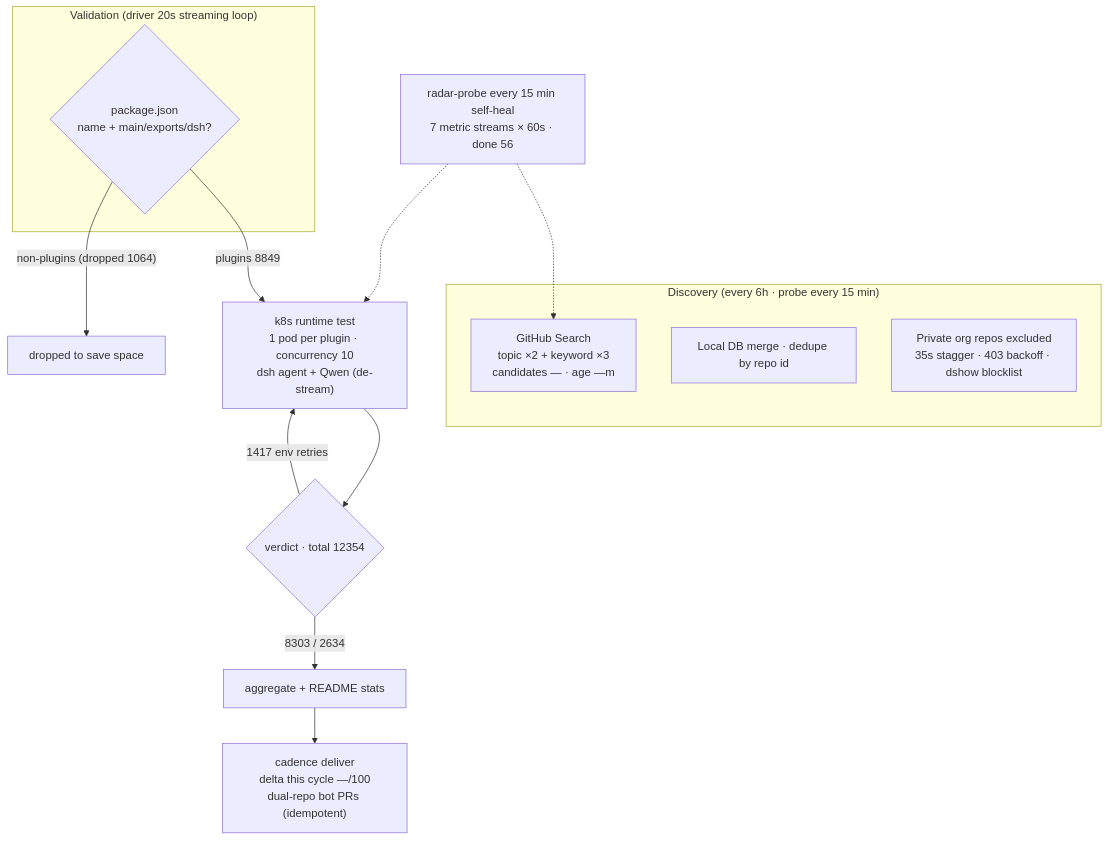
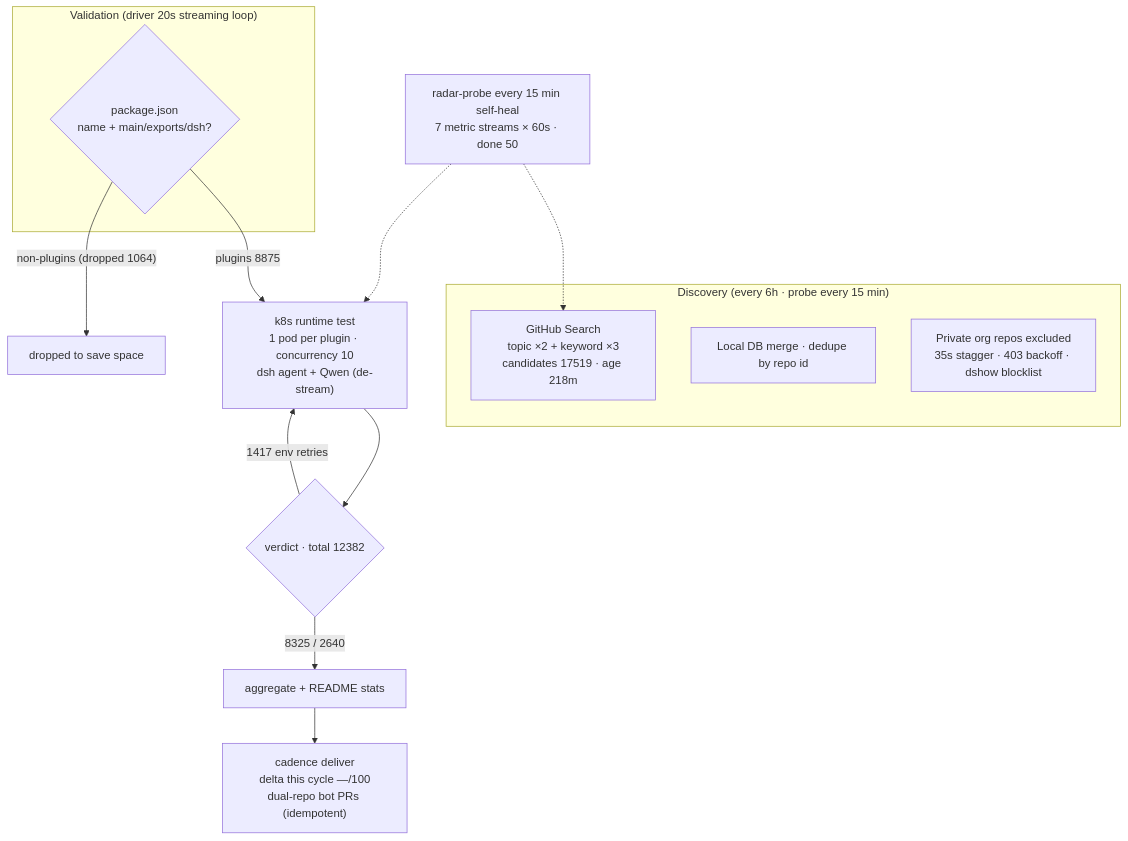
The diagram in README.en-US.md (AdamPlatin123/awesome-dsh-plugins), drawn with Mermaid before and after one commit. The commit also changed other lines of this file and 5 other files, not shown here.

````diff
--- a/README.en-US.md
+++ b/README.en-US.md
@@ -45,20 +45,20 @@
 ```mermaid
 flowchart TB
     subgraph Discovery["Discovery (every 6h · probe every 15 min)"]
-        A1["GitHub Search<br/>topic ×2 + keyword ×3<br/>candidates — · age —m"]
+        A1["GitHub Search<br/>topic ×2 + keyword ×3<br/>candidates 17519 · age 218m"]
         A2["Local DB merge · dedupe by repo id"]
         A3["Private org repos excluded<br/>35s stagger · 403 backoff · dshow blocklist"]
     end
     subgraph Validation["Validation (driver 20s streaming loop)"]
         B1{"package.json<br/>name + main/exports/dsh?"}
     end
-    B1 -->|"plugins 8849"| C1["k8s runtime test<br/>1 pod per plugin · concurrency 10<br/>dsh agent + Qwen (de-stream)"]
+    B1 -->|"plugins 8875"| C1["k8s runtime test<br/>1 pod per plugin · concurrency 10<br/>dsh agent + Qwen (de-stream)"]
     B1 -->|"non-plugins (dropped 1064)"| B3["dropped to save space"]
-    C1 --> D1{"verdict · total 12354"}
-    D1 -->|"8303 / 2634"| E1["aggregate + README stats"]
+    C1 --> D1{"verdict · total 12382"}
+    D1 -->|"8325 / 2640"| E1["aggregate + README stats"]
     D1 -->|"1417 env retries"| C1
     E1 --> E2["cadence deliver<br/>delta this cycle —/100<br/>dual-repo bot PRs (idempotent)"]
-    M["radar-probe every 15 min self-heal<br/>7 metric streams × 60s · done 56"]
+    M["radar-probe every 15 min self-heal<br/>7 metric streams × 60s · done 50"]
     M -.-> A1
     M -.-> C1
 ```
````
